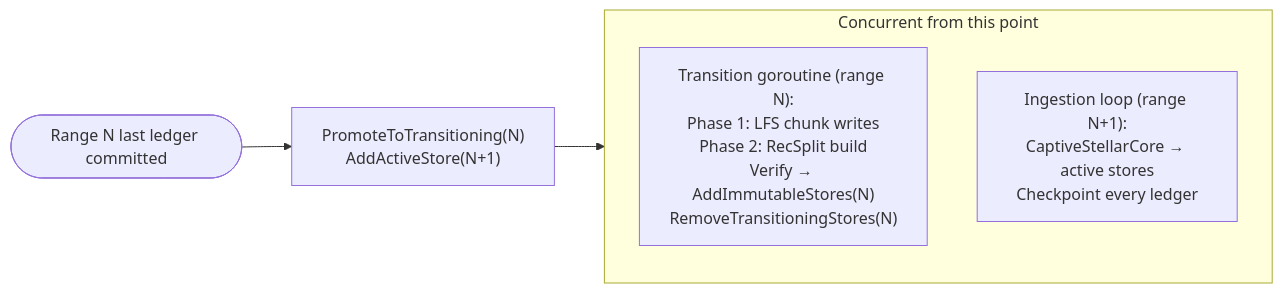
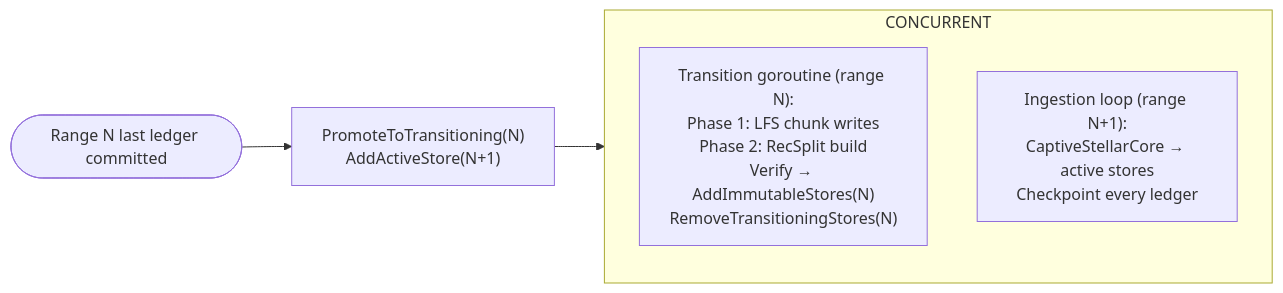
One commit to karthikiyer56/stellar-full-history-ingestion changed the second of 4 diagrams in design-docs-v2/08-query-routing.md. Above: the diagram before and after it, drawn with Mermaid. The commit also changed 4 other files, not shown here.

Commit message:
fix: remove quoted labels and direction from mermaid subgraphs for GitHub rendering

````diff
--- a/design-docs-v2/08-query-routing.md
+++ b/design-docs-v2/08-query-routing.md
@@ -409,14 +409,13 @@
 ```mermaid
 flowchart LR
     T0(["Range N last ledger committed"])
     P["PromoteToTransitioning(N)\nAddActiveStore(N+1)"]
 
-    subgraph CONCURRENT["Concurrent from this point"]
-        direction TB
+    subgraph CONCURRENT
         TG["Transition goroutine (range N):\nPhase 1: LFS chunk writes\nPhase 2: RecSplit build\nVerify → AddImmutableStores(N)\nRemoveTransitioningStores(N)"]
         IG["Ingestion loop (range N+1):\nCaptiveStellarCore → active stores\nCheckpoint every ledger"]
     end
 
     T0 --> P
     P --> CONCURRENT
 ```
````
